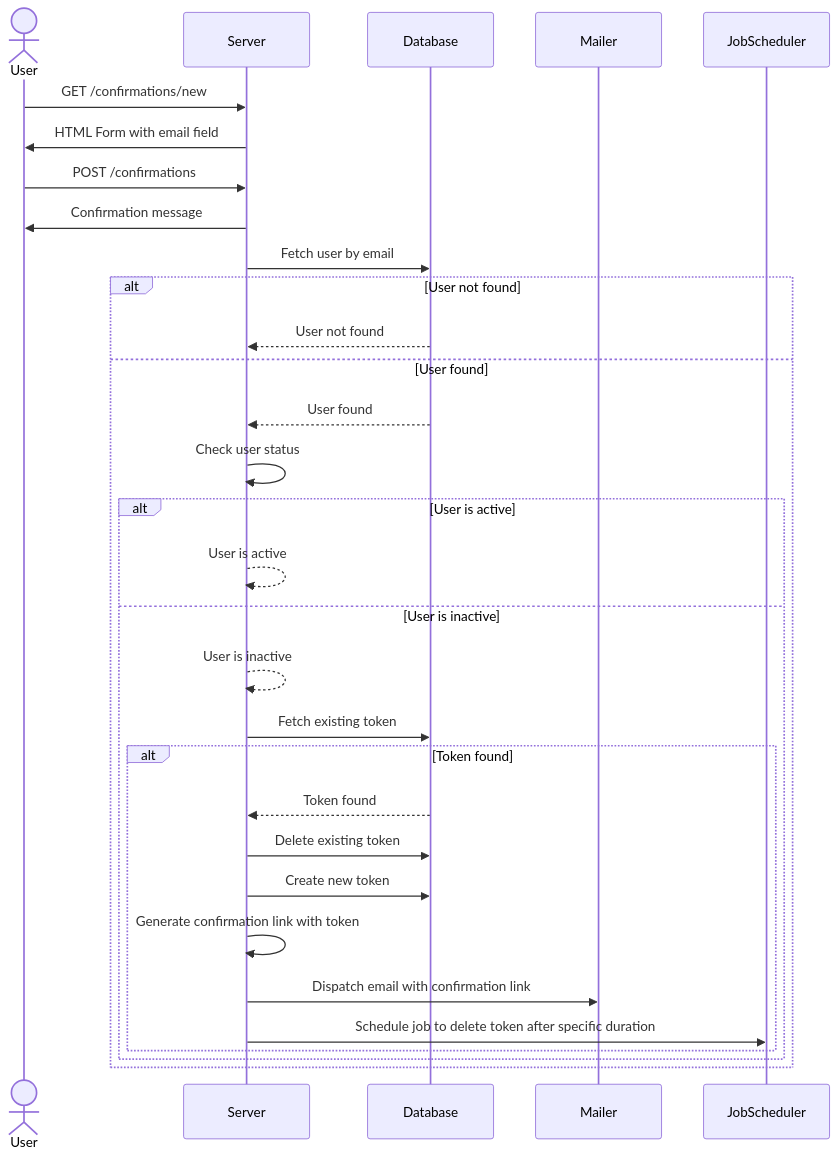
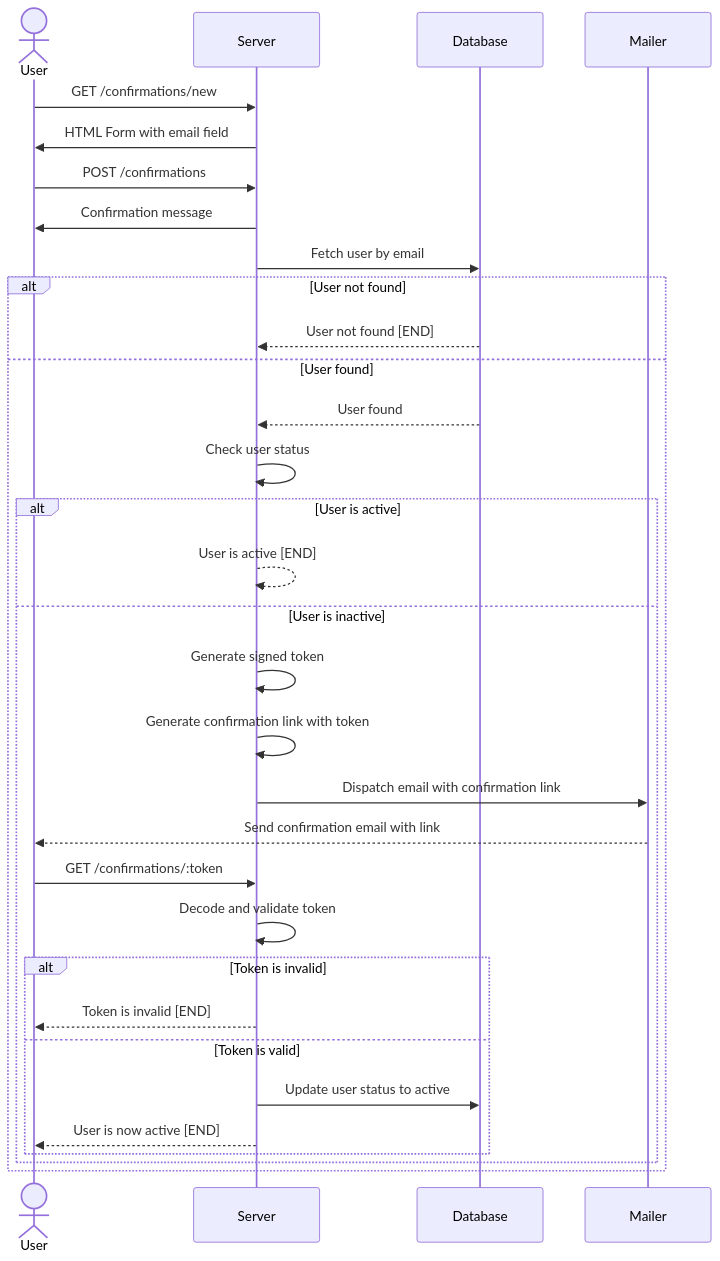
One commit to was-wtag/medical-appointment-scheduler changed the diagram in docs/sequences/account_confirmation_sequence.md. Above: the diagram before and after it, drawn with Mermaid.

Commit message:
Update account confirmation sequence
- Used signed token including user_id and duration
- No longer storing tokens in the db

````diff
--- a/docs/sequences/account_confirmation_sequence.md
+++ b/docs/sequences/account_confirmation_sequence.md
@@ -1,29 +1,31 @@
 ```mermaid
 sequenceDiagram
     actor User
     User ->> Server: GET /confirmations/new
     Server ->> User: HTML Form with email field
     User ->> Server: POST /confirmations
     Server ->> User: Confirmation message
     Server ->> Database: Fetch user by email
     alt User not found
-        Database -->> Server: User not found
+        Database -->> Server: User not found [END]
     else User found
         Database -->> Server: User found
         Server ->> Server: Check user status
         alt User is active
-            Server -->> Server: User is active
+            Server -->> Server: User is active [END]
         else User is inactive
-            Server -->> Server: User is inactive
-            Server ->> Database: Fetch existing token
-            alt Token found
-                Database -->> Server: Token found
-                Server ->> Database: Delete existing token
-            Server ->> Database: Create new token
+            Server ->> Server: Generate signed token
             Server ->> Server: Generate confirmation link with token
             Server ->> Mailer: Dispatch email with confirmation link
-            Server ->> JobScheduler: Schedule job to delete token after specific duration
+            Mailer -->> User: Send confirmation email with link
+            User ->> Server: GET /confirmations/:token
+            Server ->> Server: Decode and validate token
+            alt Token is invalid
+                Server -->> User: Token is invalid [END]
+            else Token is valid
+                Server ->> Database: Update user status to active
+                Server -->> User: User is now active [END]
             end
         end
     end
 ```
````
